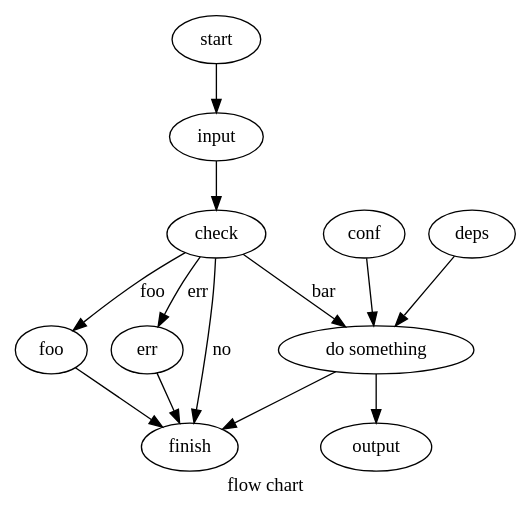
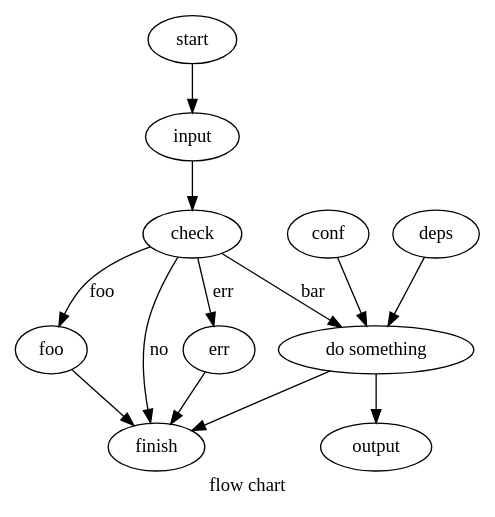
One commit to lijh8/misc changed the diagram in other/graphviz.dot. Above: the diagram before and after it, drawn with Graphviz.

```diff
--- a/other/graphviz.dot
+++ b/other/graphviz.dot
@@ -1,44 +1,45 @@
 /*
 https://graphviz.org/about/ ,
 https://magjac.com/graphviz-visual-editor/ ,
 https://dreampuf.github.io/GraphvizOnline/ ,
 similar tools: mermaid chart, yED
 
-An attribute cannot be combined with an edge operation;
-an attribute must be applied separately.
+Attributes cannot be combined with edge operations;
+attributes must be applied separately.
 
   ok: A -> B -> C
   no: A -> B [color=red] -> C;
 
 generate image using command:
   $ dot -Tpng example.dot -o example.png
 
 use image in markdown example.md:
   ![](example.png)
 
 then preview markdown in vscode
 
 */
 
 // example.dot
 
 digraph {
   start -> input -> check;
 
   check -> foo [label=foo]
+  foo -> finish
+
   check -> err [label=err]
+  err -> finish
+
   check -> finish [label=no]
+
   check -> bar [label=bar]
-
-  foo -> finish
-  err -> finish
   bar -> finish
 
-  conf -> bar
+  conf -> bar -> output
   deps -> bar
-  bar -> output
 
   bar [label="do something"]
 
   label = "flow chart"
 }
```
